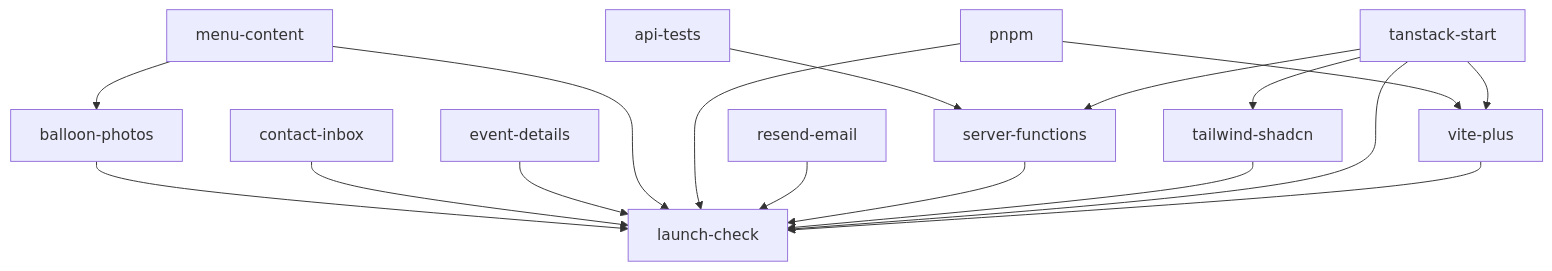
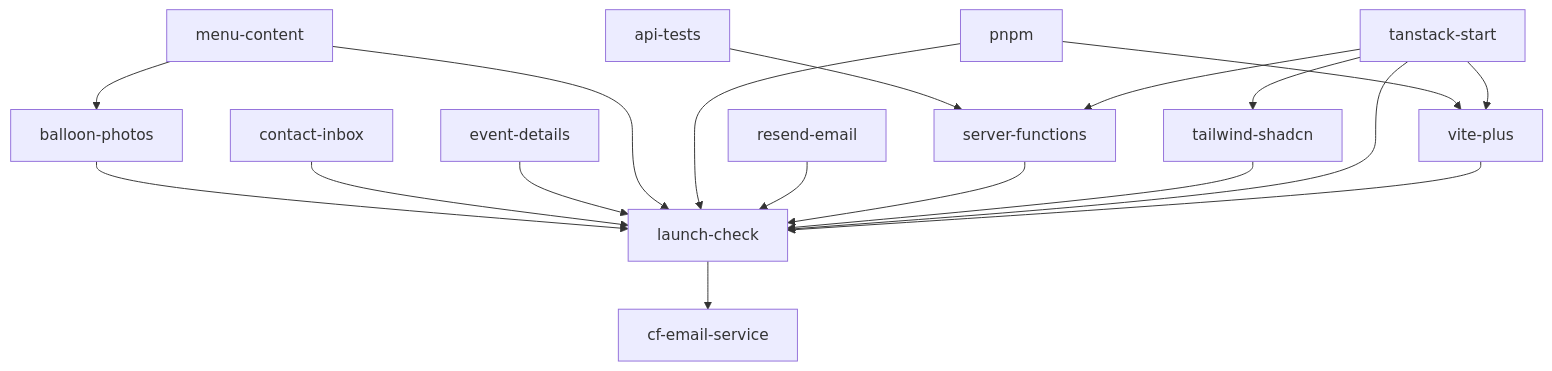
Before and after one commit to lix42/balloonxbros: the diagram in docs/TASKS.md, drawn with Mermaid. The commit also changed other lines of this file and 5 other files, not shown here.

````diff
--- a/docs/TASKS.md
+++ b/docs/TASKS.md
@@ -51,31 +51,33 @@
 ```mermaid
 graph TD
   api-tests
   balloon-photos
+  cf-email-service
   contact-inbox
   event-details
   launch-check
   menu-content
   pnpm
   resend-email
   server-functions
   tailwind-shadcn
   tanstack-start
   vite-plus
   menu-content --> balloon-photos
+  launch-check --> cf-email-service
   balloon-photos --> launch-check
   contact-inbox --> launch-check
   event-details --> launch-check
   menu-content --> launch-check
   pnpm --> launch-check
   resend-email --> launch-check
   server-functions --> launch-check
   tailwind-shadcn --> launch-check
   tanstack-start --> launch-check
   vite-plus --> launch-check
   api-tests --> server-functions
   tanstack-start --> server-functions
   tanstack-start --> tailwind-shadcn
   pnpm --> vite-plus
   tanstack-start --> vite-plus
 ```
````
